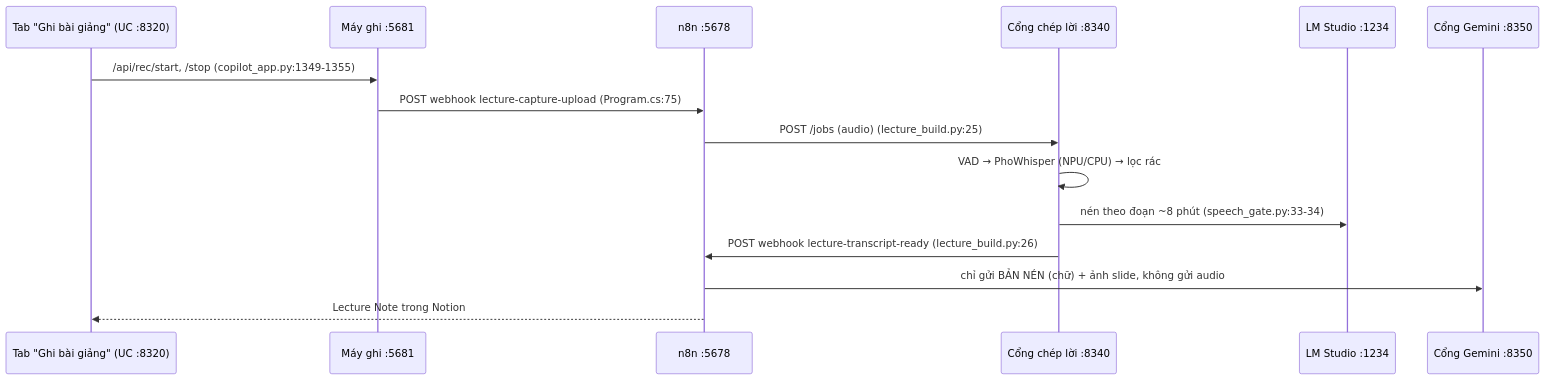
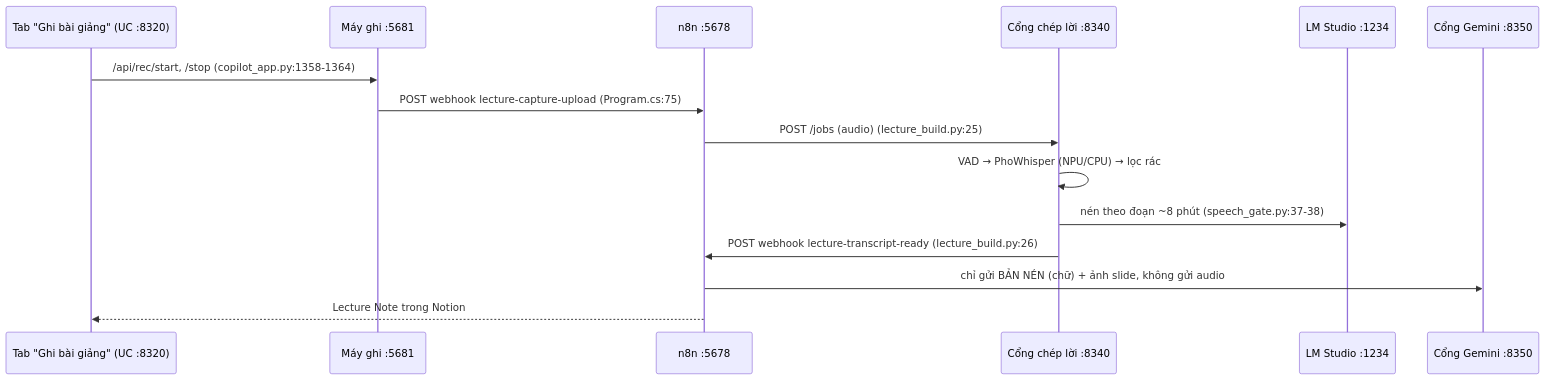
The second of 2 diagrams in docs/KIEN-TRUC.md (RichardHenry939/university-copilot-HUST), drawn with Mermaid before and after one commit. The commit also changed other lines of this file and 2 other files, not shown here.

First line of the commit message:
docs: cập nhật theo main sau khi gộp PR #1/#2

````diff
--- a/docs/KIEN-TRUC.md
+++ b/docs/KIEN-TRUC.md
@@ -122,17 +122,17 @@
 ```mermaid
 sequenceDiagram
   participant U as Tab "Ghi bài giảng" (UC :8320)
   participant R as Máy ghi :5681
   participant N as n8n :5678
   participant S as Cổng chép lời :8340
   participant L as LM Studio :1234
   participant G as Cổng Gemini :8350
-  U->>R: /api/rec/start, /stop (copilot_app.py:1349-1355)
+  U->>R: /api/rec/start, /stop (copilot_app.py:1358-1364)
   R->>N: POST webhook lecture-capture-upload (Program.cs:75)
   N->>S: POST /jobs (audio) (lecture_build.py:25)
   S->>S: VAD → PhoWhisper (NPU/CPU) → lọc rác
-  S->>L: nén theo đoạn ~8 phút (speech_gate.py:33-34)
+  S->>L: nén theo đoạn ~8 phút (speech_gate.py:37-38)
   S->>N: POST webhook lecture-transcript-ready (lecture_build.py:26)
   N->>G: chỉ gửi BẢN NÉN (chữ) + ảnh slide, không gửi audio
   N-->>U: Lecture Note trong Notion
 ```
````
